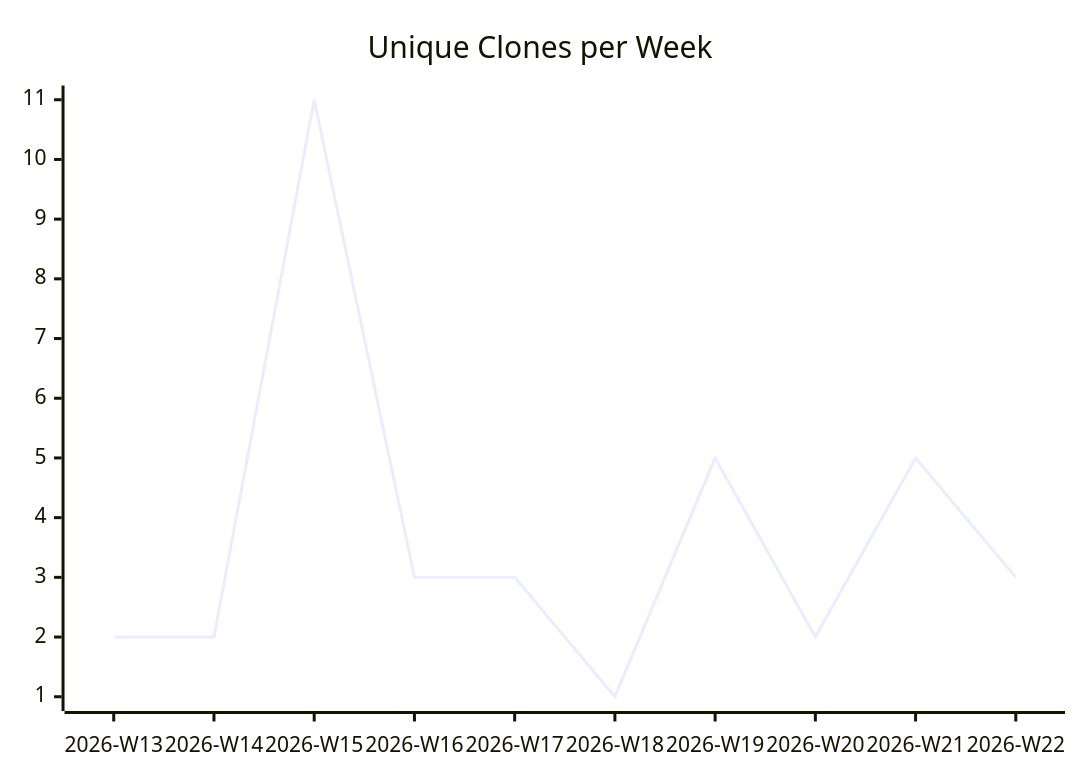
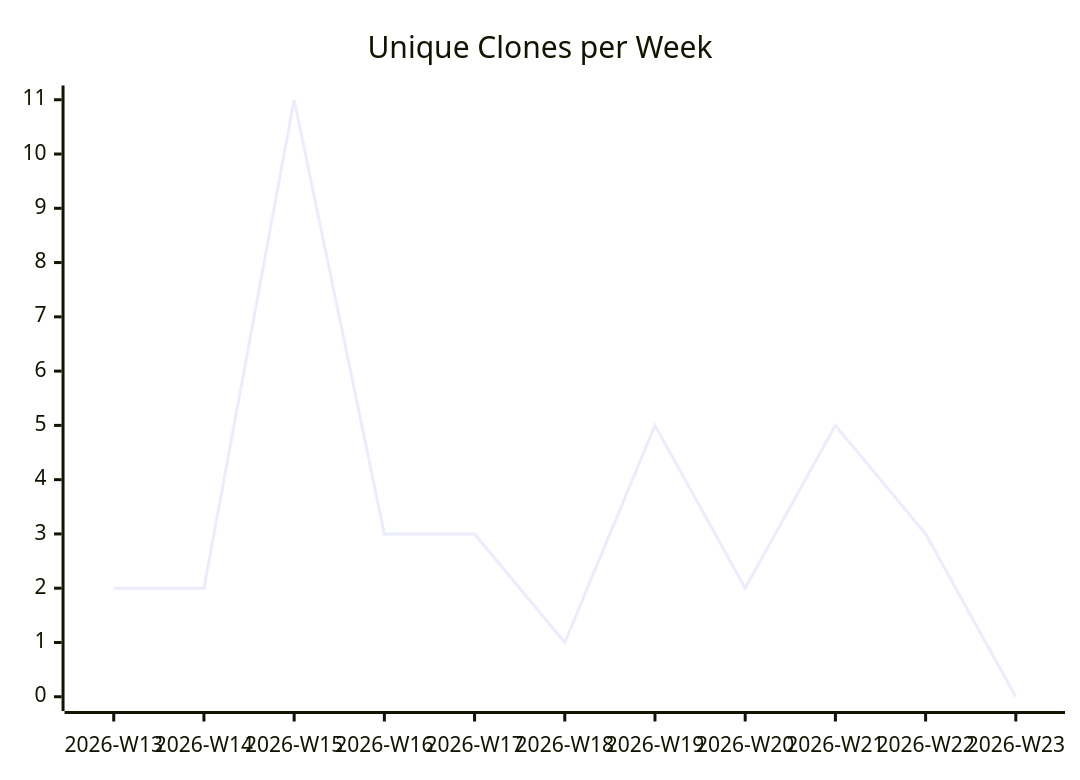
Before and after one commit to justdavis-family/github-analytics-data: the third of 3 diagrams in karlmdavis/jessentials/README.md, drawn with Mermaid. The commit also changed other lines of this file and 186 other files, not shown here.

````diff
--- a/karlmdavis/jessentials/README.md
+++ b/karlmdavis/jessentials/README.md
@@ -19,6 +19,6 @@
 ```mermaid
 xychart-beta
   title "Unique Clones per Week"
-  x-axis ["2026-W13", "2026-W14", "2026-W15", "2026-W16", "2026-W17", "2026-W18", "2026-W19", "2026-W20", "2026-W21", "2026-W22"]
-  line [2, 2, 11, 3, 3, 1, 5, 2, 5, 3]
+  x-axis ["2026-W13", "2026-W14", "2026-W15", "2026-W16", "2026-W17", "2026-W18", "2026-W19", "2026-W20", "2026-W21", "2026-W22", "2026-W23"]
+  line [2, 2, 11, 3, 3, 1, 5, 2, 5, 3, 0]
 ```
````
